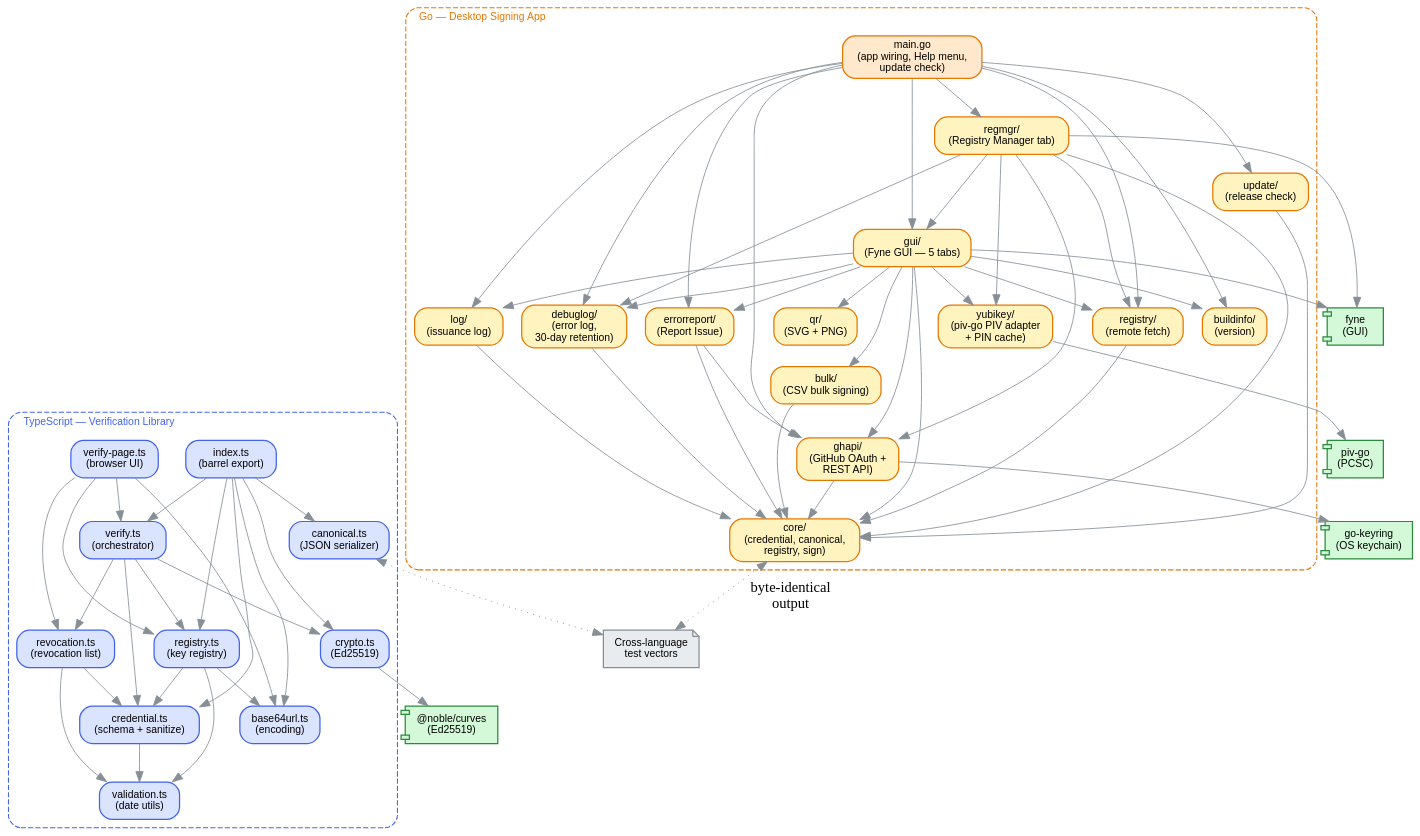
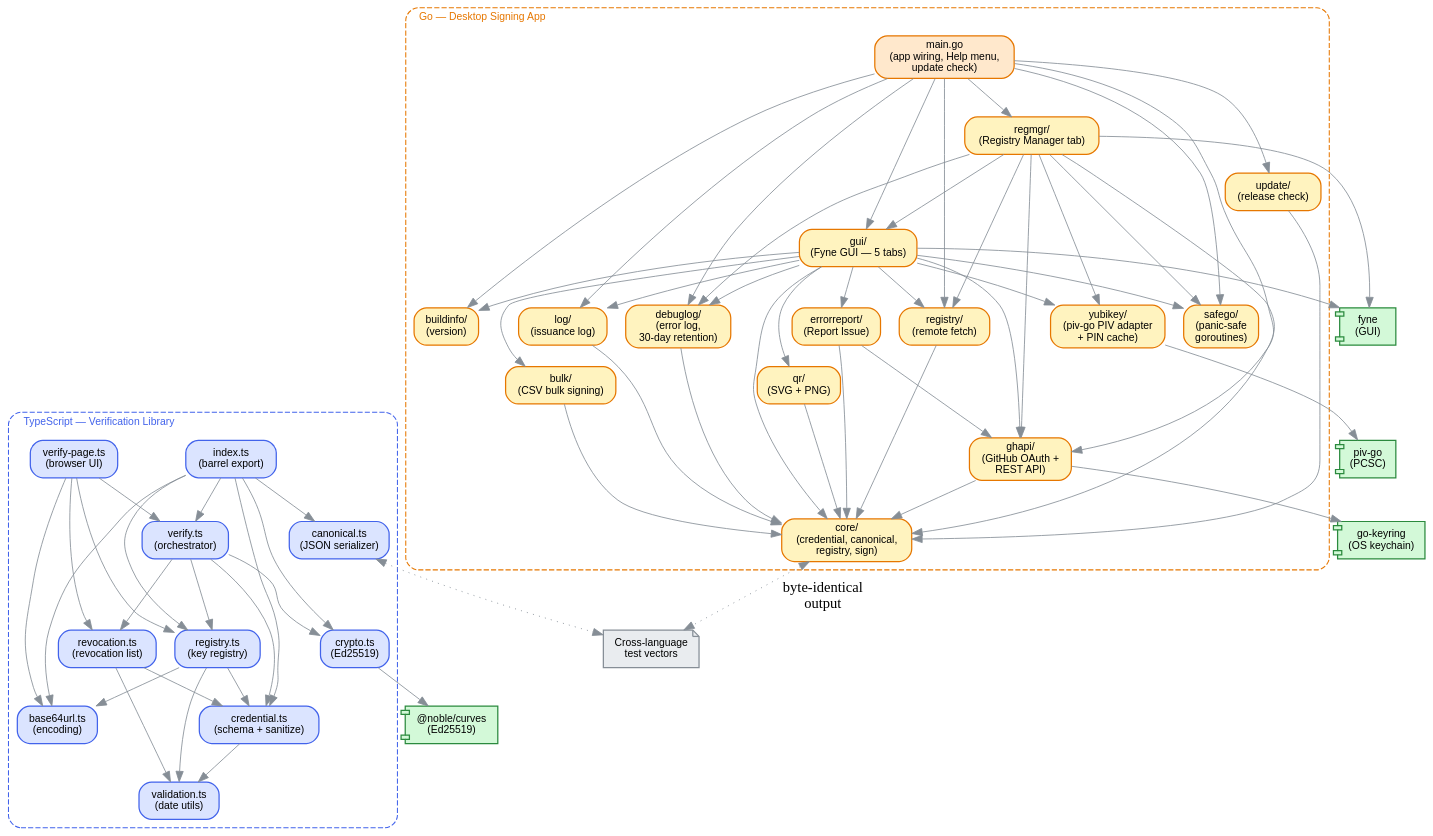
Before and after one commit to RoyalHouseOfGeorgia/rhg_authenticator: the diagram in docs/module-architecture.dot, drawn with Graphviz. The commit also changed 57 other files, not shown here.

```diff
--- a/docs/module-architecture.dot
+++ b/docs/module-architecture.dot
@@ -1,130 +1,134 @@
 digraph module_architecture {
     rankdir=TB;
     bgcolor="transparent";
     node [fontname="Helvetica", fontsize=10, style="filled,rounded", shape=box, penwidth=1.2];
     edge [color="#868e96", penwidth=0.8];
     compound=true;
 
     // TypeScript verification library
     subgraph cluster_ts {
         label="TypeScript — Verification Library";
         labeljust=l;
         style="dashed,rounded";
         color="#4263eb";
         fontname="Helvetica";
         fontsize=10;
         fontcolor="#4263eb";
 
         index [label="index.ts\n(barrel export)", fillcolor="#dbe4ff", color="#4263eb"];
         verify [label="verify.ts\n(orchestrator)", fillcolor="#dbe4ff", color="#4263eb"];
         verify_page [label="verify-page.ts\n(browser UI)", fillcolor="#dbe4ff", color="#4263eb"];
         credential [label="credential.ts\n(schema + sanitize)", fillcolor="#dbe4ff", color="#4263eb"];
         crypto [label="crypto.ts\n(Ed25519)", fillcolor="#dbe4ff", color="#4263eb"];
         registry [label="registry.ts\n(key registry)", fillcolor="#dbe4ff", color="#4263eb"];
         revocation [label="revocation.ts\n(revocation list)", fillcolor="#dbe4ff", color="#4263eb"];
         validation [label="validation.ts\n(date utils)", fillcolor="#dbe4ff", color="#4263eb"];
         base64url [label="base64url.ts\n(encoding)", fillcolor="#dbe4ff", color="#4263eb"];
         canonical [label="canonical.ts\n(JSON serializer)", fillcolor="#dbe4ff", color="#4263eb"];
     }
 
     // Go signing app
     subgraph cluster_go {
         label="Go — Desktop Signing App";
         labeljust=l;
         style="dashed,rounded";
         color="#e67700";
         fontname="Helvetica";
         fontsize=10;
         fontcolor="#e67700";
 
         go_main [label="main.go\n(app wiring, Help menu,\nupdate check)", fillcolor="#ffe8cc", color="#e67700"];
         go_gui [label="gui/\n(Fyne GUI — 5 tabs)", fillcolor="#fff3bf", color="#e67700"];
         go_bulk [label="bulk/\n(CSV bulk signing)", fillcolor="#fff3bf", color="#e67700"];
         go_core [label="core/\n(credential, canonical,\nregistry, sign)", fillcolor="#fff3bf", color="#e67700"];
         go_regmgr [label="regmgr/\n(Registry Manager tab)", fillcolor="#fff3bf", color="#e67700"];
         go_ghapi [label="ghapi/\n(GitHub OAuth +\nREST API)", fillcolor="#fff3bf", color="#e67700"];
         go_yubikey [label="yubikey/\n(piv-go PIV adapter\n+ PIN cache)", fillcolor="#fff3bf", color="#e67700"];
         go_qr [label="qr/\n(SVG + PNG)", fillcolor="#fff3bf", color="#e67700"];
         go_log [label="log/\n(issuance log)", fillcolor="#fff3bf", color="#e67700"];
         go_registry [label="registry/\n(remote fetch)", fillcolor="#fff3bf", color="#e67700"];
         go_debuglog [label="debuglog/\n(error log,\n30-day retention)", fillcolor="#fff3bf", color="#e67700"];
         go_errorreport [label="errorreport/\n(Report Issue)", fillcolor="#fff3bf", color="#e67700"];
         go_update [label="update/\n(release check)", fillcolor="#fff3bf", color="#e67700"];
         go_buildinfo [label="buildinfo/\n(version)", fillcolor="#fff3bf", color="#e67700"];
+        go_safego [label="safego/\n(panic-safe\ngoroutines)", fillcolor="#fff3bf", color="#e67700"];
     }
 
     // External deps
     noble [label="@noble/curves\n(Ed25519)", shape=component, fillcolor="#d3f9d8", color="#2b8a3e"];
     pivgo [label="piv-go\n(PCSC)", shape=component, fillcolor="#d3f9d8", color="#2b8a3e"];
     fyne [label="fyne\n(GUI)", shape=component, fillcolor="#d3f9d8", color="#2b8a3e"];
     keyring [label="go-keyring\n(OS keychain)", shape=component, fillcolor="#d3f9d8", color="#2b8a3e"];
 
     // Cross-language link
     vectors [label="Cross-language\ntest vectors", shape=note, fillcolor="#e9ecef", color="#868e96"];
 
     // TypeScript core deps
     index -> verify;
     index -> registry;
     index -> credential;
     index -> crypto;
     index -> base64url;
     index -> canonical;
     verify -> credential;
     verify -> crypto;
     verify -> registry;
     verify -> revocation;
     verify_page -> verify;
     verify_page -> base64url;
     verify_page -> registry;
     verify_page -> revocation;
     credential -> validation;
     registry -> base64url;
     registry -> credential;
     registry -> validation;
     revocation -> credential;
     revocation -> validation;
     crypto -> noble;
 
     // Go internal deps (from `go list`; core is imported by nearly every package)
     go_main -> go_gui;
     go_main -> go_regmgr;
     go_main -> go_update;
     go_main -> go_buildinfo;
     go_main -> go_debuglog;
-    go_main -> go_errorreport;
+    go_main -> go_safego;
     go_main -> go_ghapi;
     go_main -> go_log;
     go_main -> go_registry;
     go_gui -> go_core;
     go_gui -> go_bulk;
     go_gui -> go_yubikey;
     go_gui -> go_qr;
     go_gui -> go_log;
     go_gui -> go_registry;
     go_gui -> go_ghapi;
     go_gui -> go_debuglog;
     go_gui -> go_errorreport;
     go_gui -> go_buildinfo;
+    go_gui -> go_safego;
+    go_qr -> go_core;
     go_bulk -> go_core;
     go_log -> go_core;
     go_registry -> go_core;
     go_ghapi -> go_core;
     go_debuglog -> go_core;
     go_update -> go_core;
     go_errorreport -> go_core;
     go_errorreport -> go_ghapi;
     go_regmgr -> go_gui;
     go_regmgr -> go_core;
     go_regmgr -> go_ghapi;
     go_regmgr -> go_yubikey;
     go_regmgr -> go_registry;
     go_regmgr -> go_debuglog;
+    go_regmgr -> go_safego;
     go_yubikey -> pivgo;
     go_gui -> fyne;
     go_regmgr -> fyne;
     go_ghapi -> keyring;
 
     // Cross-language
     go_core -> vectors [style=dotted, dir=both, label="byte-identical\noutput"];
     canonical -> vectors [style=dotted, dir=both];
 }
```
